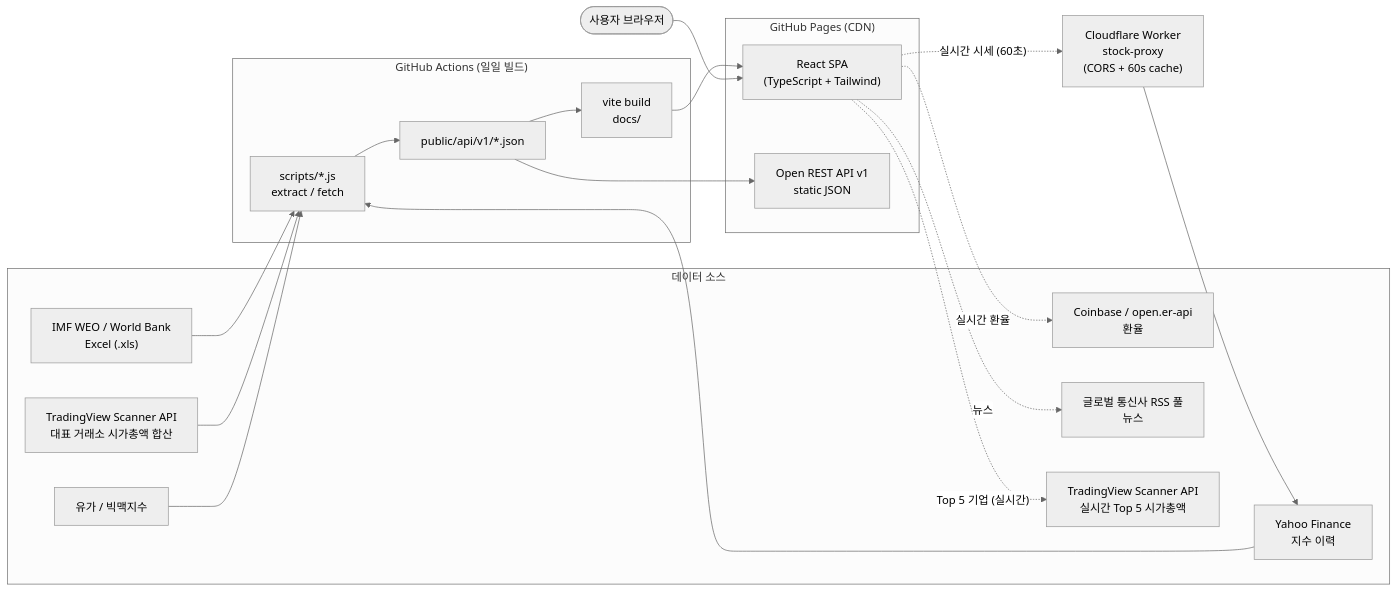
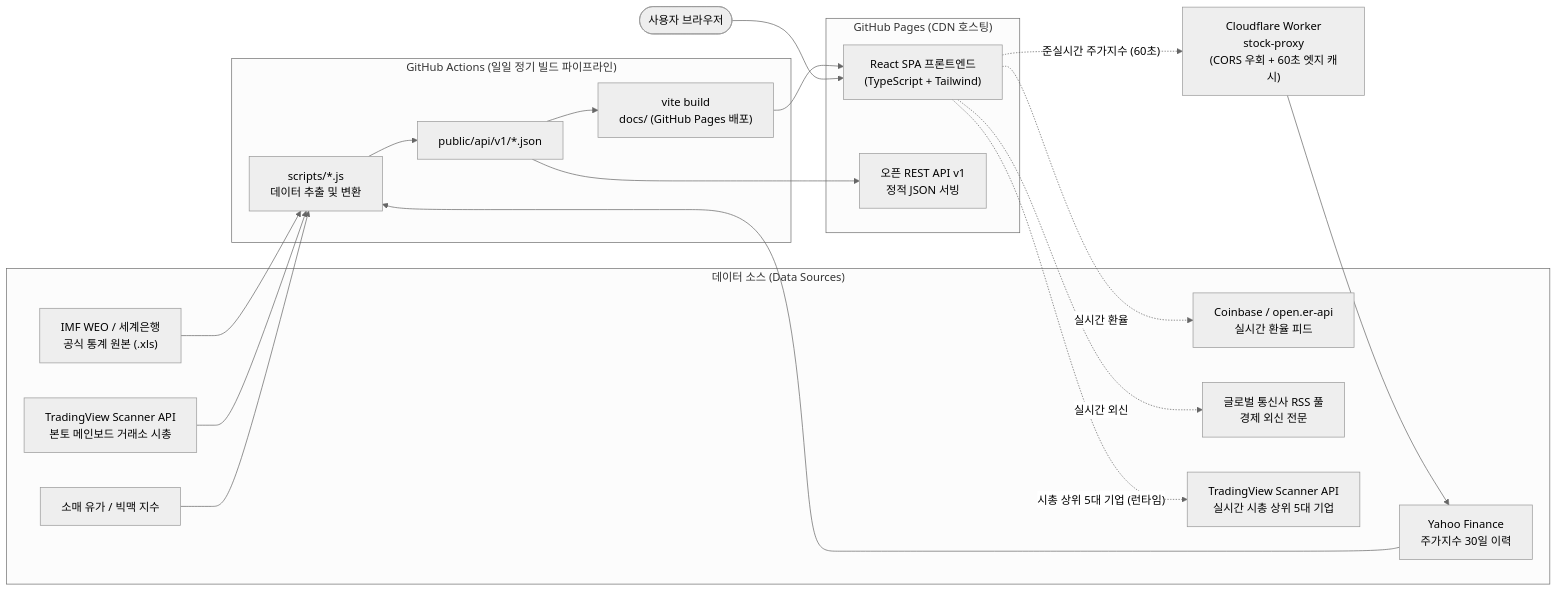
One commit to silverogic/geonomics changed the diagram in README.ko.md. Above: the diagram before and after it, drawn with Mermaid (neutral theme). The commit also changed other lines of this file and 19 other files, not shown here.

Commit message:
refactor: modernize i18n architecture with react-i18next and update documentation

````diff
--- a/README.ko.md
+++ b/README.ko.md
@@ -117,40 +131,40 @@
 ```mermaid
 flowchart LR
-  subgraph SRC["데이터 소스"]
-    S1["IMF WEO / World Bank<br/>Excel (.xls)"]
-    S2["Yahoo Finance<br/>지수 이력"]
-    S3["TradingView Scanner API<br/>대표 거래소 시가총액 합산"]
-    S4["유가 / 빅맥지수"]
-    S5["Coinbase / open.er-api<br/>환율"]
-    S6["글로벌 통신사 RSS 풀<br/>뉴스"]
-    S7["TradingView Scanner API<br/>실시간 Top 5 시가총액"]
+  subgraph SRC["데이터 소스 (Data Sources)"]
+    S1["IMF WEO / 세계은행<br/>공식 통계 원본 (.xls)"]
+    S2["Yahoo Finance<br/>주가지수 30일 이력"]
+    S3["TradingView Scanner API<br/>본토 메인보드 거래소 시총"]
+    S4["소매 유가 / 빅맥 지수"]
+    S5["Coinbase / open.er-api<br/>실시간 환율 피드"]
+    S6["글로벌 통신사 RSS 풀<br/>경제 외신 전문"]
+    S7["TradingView Scanner API<br/>실시간 시총 상위 5대 기업"]
   end
 
-  subgraph CI["GitHub Actions (일일 빌드)"]
-    P1["scripts/*.js<br/>extract / fetch"]
+  subgraph CI["GitHub Actions (일일 정기 빌드 파이프라인)"]
+    P1["scripts/*.js<br/>데이터 추출 및 변환"]
     P2["public/api/v1/*.json"]
-    P3["vite build<br/>docs/"]
+    P3["vite build<br/>docs/ (GitHub Pages 배포)"]
   end
 
-  subgraph HOST["GitHub Pages (CDN)"]
-    WEB["React SPA<br/>(TypeScript + Tailwind)"]
-    API["Open REST API v1<br/>static JSON"]
+  subgraph HOST["GitHub Pages (CDN 호스팅)"]
+    WEB["React SPA 프론트엔드<br/>(TypeScript + Tailwind)"]
+    API["오픈 REST API v1<br/>정적 JSON 서빙"]
   end
 
-  W["Cloudflare Worker<br/>stock-proxy<br/>(CORS + 60s cache)"]
+  W["Cloudflare Worker<br/>stock-proxy<br/>(CORS 우회 + 60초 엣지 캐시)"]
   U(["사용자 브라우저"])
 
   S1 --> P1
   S2 --> P1
   S3 --> P1
   S4 --> P1
   P1 --> P2 --> P3 --> WEB
   P2 --> API
 
   U --> WEB
-  WEB -. "실시간 시세 (60초)" .-> W
+  WEB -. "준실시간 주가지수 (60초)" .-> W
   W --> S2
   WEB -. "실시간 환율" .-> S5
-  WEB -. "뉴스" .-> S6
-  WEB -. "Top 5 기업 (실시간)" .-> S7
+  WEB -. "실시간 외신" .-> S6
+  WEB -. "시총 상위 5대 기업 (런타임)" .-> S7
 ```
````
